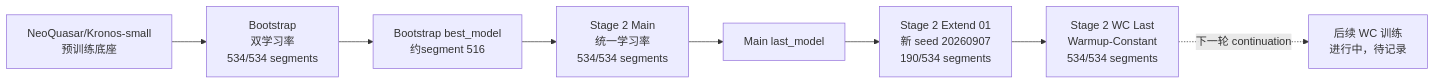
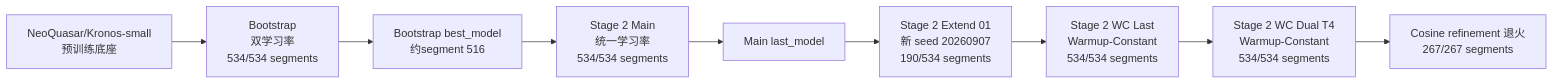
Before and after one commit to luckfu/Kronos: the first of 15 diagrams in finetune/SMALL_0_1_MODEL_AND_TRAINING_TECHNICAL_REPORT_CN.md, drawn with Mermaid. The commit also changed other lines of this file and 20 other files, not shown here.

````diff
--- a/finetune/SMALL_0_1_MODEL_AND_TRAINING_TECHNICAL_REPORT_CN.md
+++ b/finetune/SMALL_0_1_MODEL_AND_TRAINING_TECHNICAL_REPORT_CN.md
@@ -13,10 +13,11 @@
 ```mermaid
 flowchart LR
     B[NeoQuasar/Kronos-small<br/>预训练底座] --> BT[Bootstrap<br/>双学习率<br/>534/534 segments]
     BT --> BB[Bootstrap best_model<br/>约segment 516]
     BB --> M[Stage 2 Main<br/>统一学习率<br/>534/534 segments]
     M --> L[Main last_model]
     L --> E[Stage 2 Extend 01<br/>新 seed 20260907<br/>190/534 segments]
     E --> WC[Stage 2 WC Last<br/>Warmup-Constant<br/>534/534 segments]
-    WC -.下一轮 continuation.-> WCN[后续 WC 训练<br/>进行中，待记录]
+    WC --> WCN[Stage 2 WC Dual T4<br/>Warmup-Constant<br/>534/534 segments]
+    WCN --> AN[Cosine refinement 退火<br/>267/267 segments]
 ```
````
